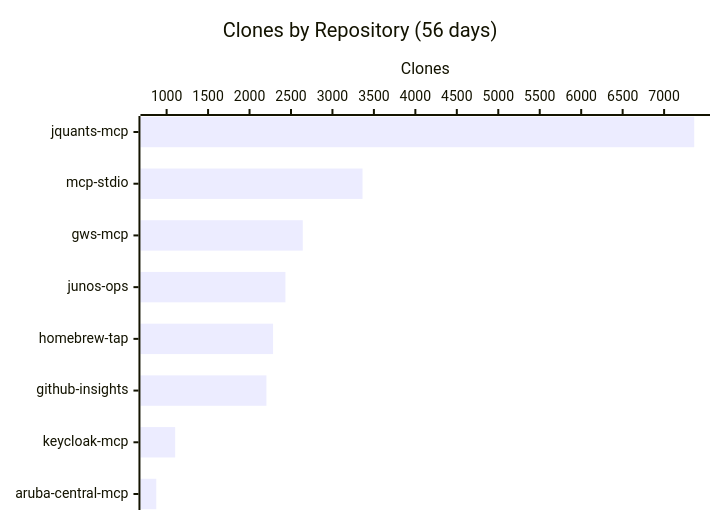
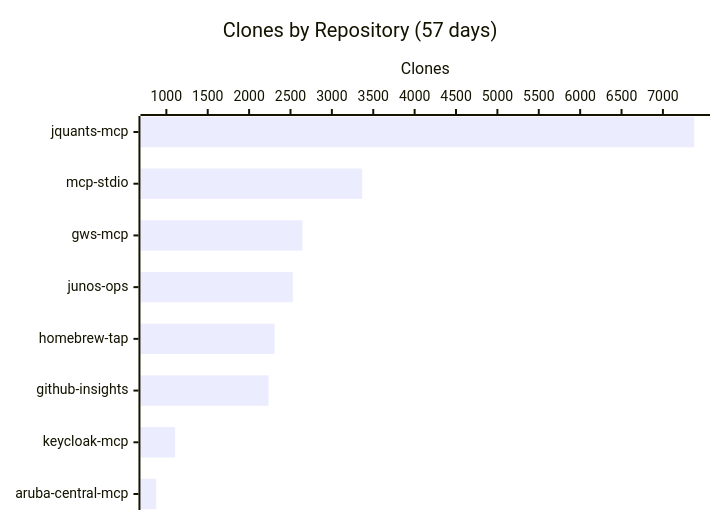
The third of 3 diagrams in README.md (shigechika/github-insights), drawn with Mermaid before and after one commit. The commit also changed other lines of this file and 2 other files, not shown here.

````diff
--- a/README.md
+++ b/README.md
@@ -38,7 +38,7 @@
 ```mermaid
 xychart-beta horizontal
-    title "Clones by Repository (56 days)"
+    title "Clones by Repository (57 days)"
     x-axis ["jquants-mcp", "mcp-stdio", "gws-mcp", "junos-ops", "homebrew-tap", "github-insights", "keycloak-mcp", "aruba-central-mcp"]
     y-axis "Clones"
-    bar [7363, 3363, 2642, 2433, 2284, 2204, 1103, 875]
+    bar [7378, 3366, 2645, 2528, 2307, 2235, 1106, 878]
 ```
````
